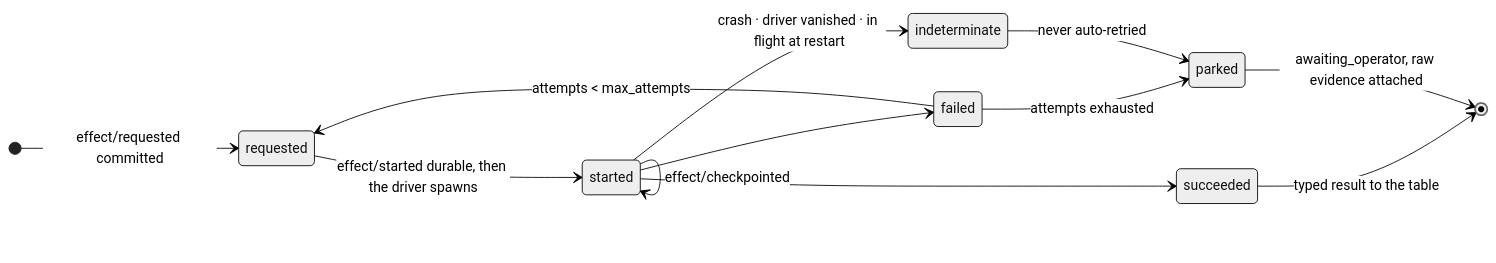
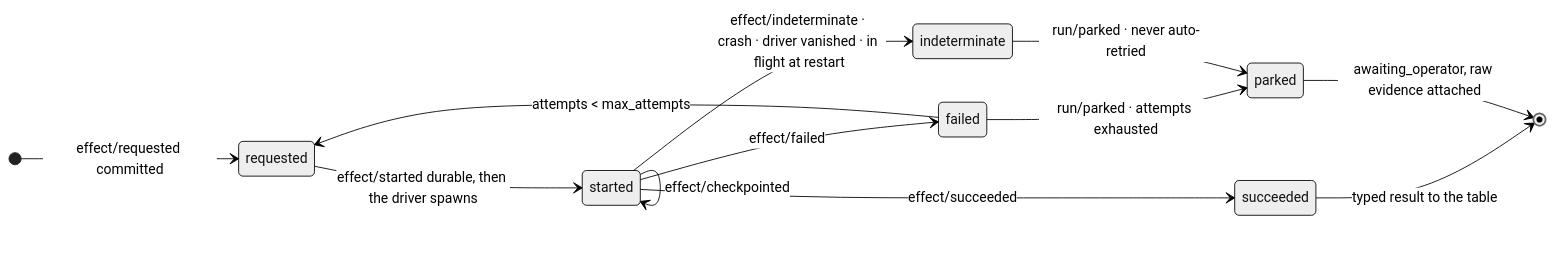
The fourth of 8 diagrams in ARCHITECTURE.md (feedback-loop-ai/brokkr), drawn with Mermaid (neutral theme) before and after one commit. The commit also changed other lines of this file and 11 other files, not shown here.

````diff
--- a/ARCHITECTURE.md
+++ b/ARCHITECTURE.md
@@ -86,15 +93,15 @@
 ```mermaid
 stateDiagram-v2
   direction LR
   [*] --> requested: effect/requested committed
   requested --> started: effect/started durable, then the driver spawns
   started --> started: effect/checkpointed
-  started --> succeeded
-  started --> failed
-  started --> indeterminate: crash · driver vanished · in flight at restart
+  started --> succeeded: effect/succeeded
+  started --> failed: effect/failed
+  started --> indeterminate: effect/indeterminate · crash · driver vanished · in flight at restart
   succeeded --> [*]: typed result to the table
   failed --> requested: attempts < max_attempts
-  failed --> parked: attempts exhausted
-  indeterminate --> parked: never auto-retried
+  failed --> parked: run/parked · attempts exhausted
+  indeterminate --> parked: run/parked · never auto-retried
   parked --> [*]: awaiting_operator, raw evidence attached
 ```
````
